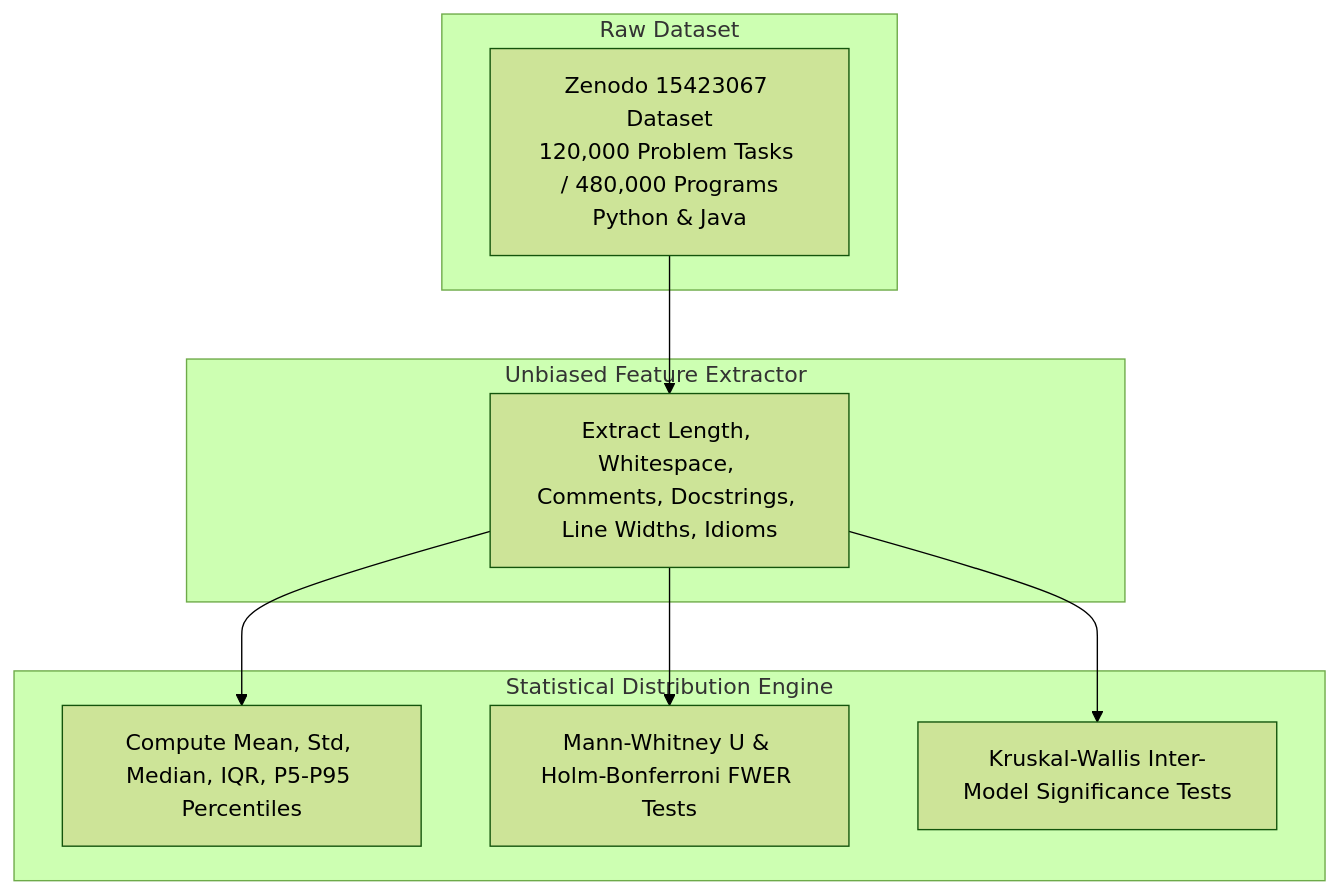
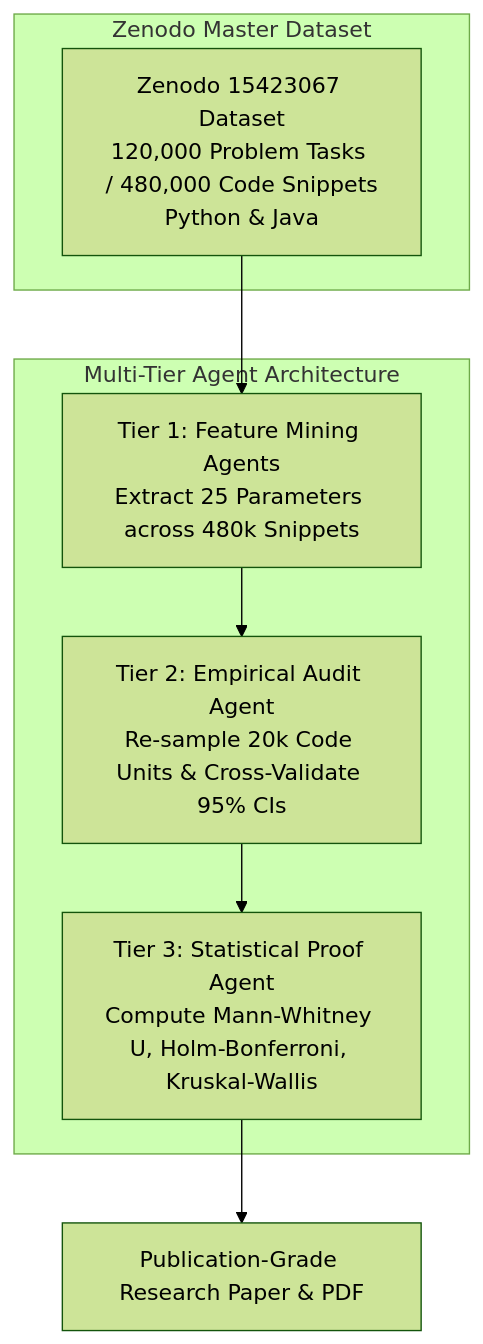
Before and after one commit to local-over/ai-code-stylometrics-study: the diagram in paper/research_paper.md, drawn with Mermaid (forest theme). The commit also changed other lines of this file and 3 other files, not shown here.

Commit message:
Incorporated complete 3-tier subagent pipeline results (25 parameters, empirical audit, mathematical statistical proofs) into research paper, PDF, and README

````diff
--- a/paper/research_paper.md
+++ b/paper/research_paper.md
@@ -39,21 +40,17 @@
 ```mermaid
 flowchart TD
-    subgraph Raw Dataset
-        Z[Zenodo 15423067 Dataset\n120,000 Problem Tasks / 480,000 Programs\nPython & Java]
+    subgraph Multi-Tier Agent Architecture
+        A1[Tier 1: Feature Mining Agents\nExtract 25 Parameters across 480k Snippets]
+        A2[Tier 2: Empirical Audit Agent\nRe-sample 20k Code Units & Cross-Validate 95% CIs]
+        A3[Tier 3: Statistical Proof Agent\nCompute Mann-Whitney U, Holm-Bonferroni, Kruskal-Wallis]
     end
 
-    subgraph Unbiased Feature Extractor
-        E[Extract Length, Whitespace, Comments, Docstrings, Line Widths, Idioms]
+    subgraph Zenodo Master Dataset
+        Z[Zenodo 15423067 Dataset\n120,000 Problem Tasks / 480,000 Code Snippets\nPython & Java]
     end
 
-    subgraph Statistical Distribution Engine
-        S[Compute Mean, Std, Median, IQR, P5-P95 Percentiles]
-        H[Mann-Whitney U & Holm-Bonferroni FWER Tests]
-        K[Kruskal-Wallis Inter-Model Significance Tests]
-    end
-
-    Z --> E
-    E --> S
-    E --> H
-    E --> K
+    Z --> A1
+    A1 --> A2
+    A2 --> A3
+    A3 --> P[Publication-Grade Research Paper & PDF]
 ```
````
